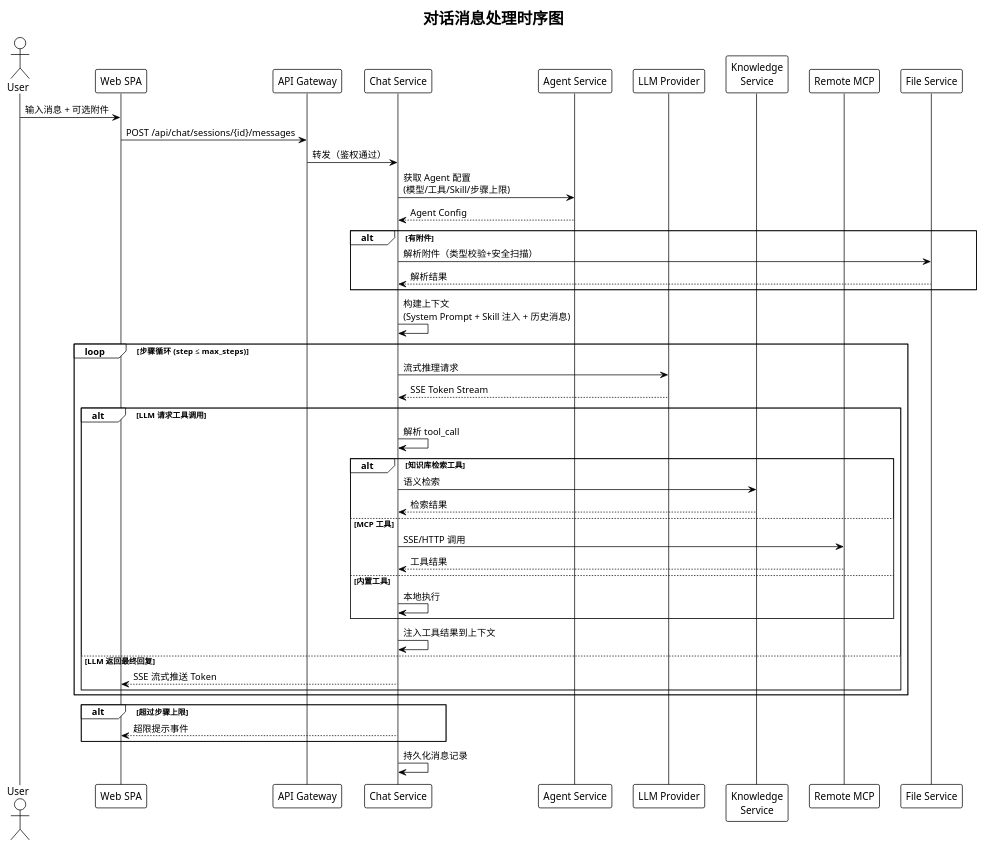
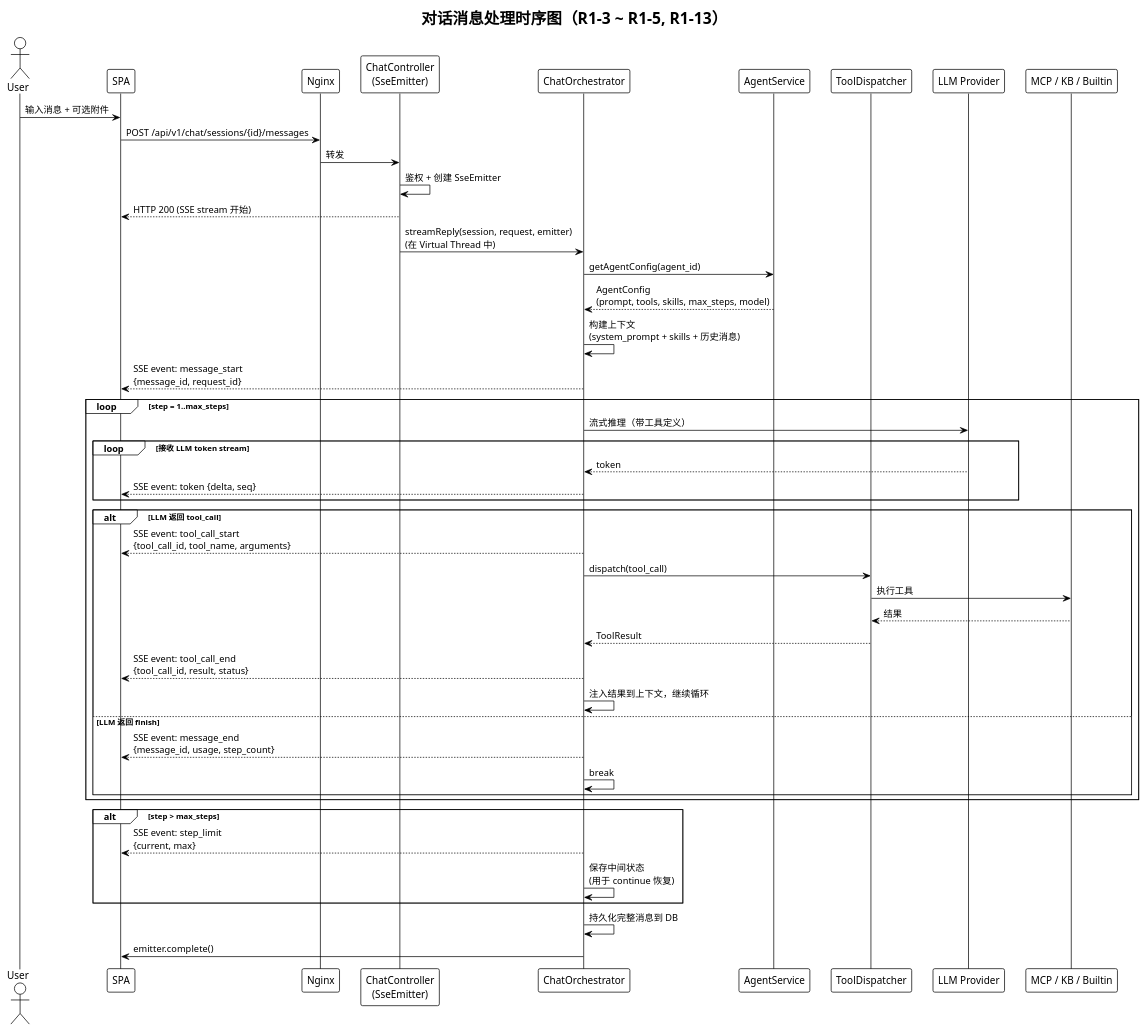
One commit to SkarnerV/web-agent changed the fourth of 8 diagrams in .Ds-Spec/specs/agent-platform/design.md. Above: the diagram before and after it, drawn with PlantUML. The commit also changed other lines of this file and 61 other files, not shown here.

````diff
--- a/.Ds-Spec/specs/agent-platform/design.md
+++ b/.Ds-Spec/specs/agent-platform/design.md
@@ -162,61 +418,62 @@
 ```plantuml
 @startuml Chat_Sequence
 !theme plain
 
-title 对话消息处理时序图
+title 对话消息处理时序图（R1-3 ~ R1-5, R1-13）
 
 actor User
-participant "Web SPA" as SPA
-participant "API Gateway" as GW
-participant "Chat Service" as Chat
-participant "Agent Service" as Agent
+participant "SPA" as SPA
+participant "Nginx" as NGX
+participant "ChatController\n(SseEmitter)" as Ctrl
+participant "ChatOrchestrator" as Orch
+participant "AgentService" as AgSvc
+participant "ToolDispatcher" as TD
 participant "LLM Provider" as LLM
-participant "Knowledge\nService" as KB
-participant "Remote MCP" as MCP
-participant "File Service" as File
+participant "MCP / KB / Builtin" as Tool
 
 User -> SPA : 输入消息 + 可选附件
-SPA -> GW : POST /api/chat/sessions/{id}/messages
-GW -> Chat : 转发（鉴权通过）
+SPA -> NGX : POST /api/v1/chat/sessions/{id}/messages
+NGX -> Ctrl : 转发
+Ctrl -> Ctrl : 鉴权 + 创建 SseEmitter
+Ctrl --> SPA : HTTP 200 (SSE stream 开始)
 
-Chat -> Agent : 获取 Agent 配置\n(模型/工具/Skill/步骤上限)
-Agent --> Chat : Agent Config
+Ctrl -> Orch : streamReply(session, request, emitter)\n(在 Virtual Thread 中)
 
-alt 有附件
-  Chat -> File : 解析附件（类型校验+安全扫描）
-  File --> Chat : 解析结果
-end
+Orch -> AgSvc : getAgentConfig(agent_id)
+AgSvc --> Orch : AgentConfig\n(prompt, tools, skills, max_steps, model)
 
-Chat -> Chat : 构建上下文\n(System Prompt + Skill 注入 + 历史消息)
+Orch -> Orch : 构建上下文\n(system_prompt + skills + 历史消息)
+Orch --> SPA : SSE event: message_start\n{message_id, request_id}
 
-loop 步骤循环 (step ≤ max_steps)
-  Chat -> LLM : 流式推理请求
-  LLM --> Chat : SSE Token Stream
+loop step = 1..max_steps
+  Orch -> LLM : 流式推理（带工具定义）
 
-  alt LLM 请求工具调用
-    Chat -> Chat : 解析 tool_call
+  loop 接收 LLM token stream
+    LLM --> Orch : token
+    Orch --> SPA : SSE event: token {delta, seq}
+  end
 
-    alt 知识库检索工具
-      Chat -> KB : 语义检索
-      KB --> Chat : 检索结果
-    else MCP 工具
-      Chat -> MCP : SSE/HTTP 调用
-      MCP --> Chat : 工具结果
-    else 内置工具
-      Chat -> Chat : 本地执行
-    end
-
-    Chat -> Chat : 注入工具结果到上下文
-  else LLM 返回最终回复
-    Chat --> SPA : SSE 流式推送 Token
+  alt LLM 返回 tool_call
+    Orch --> SPA : SSE event: tool_call_start\n{tool_call_id, tool_name, arguments}
+    Orch -> TD : dispatch(tool_call)
+    TD -> Tool : 执行工具
+    Tool --> TD : 结果
+    TD --> Orch : ToolResult
+    Orch --> SPA : SSE event: tool_call_end\n{tool_call_id, result, status}
+    Orch -> Orch : 注入结果到上下文，继续循环
+  else LLM 返回 finish
+    Orch --> SPA : SSE event: message_end\n{message_id, usage, step_count}
+    Orch -> Orch : break
   end
 end
 
-alt 超过步骤上限
-  Chat --> SPA : 超限提示事件
+alt step > max_steps
+  Orch --> SPA : SSE event: step_limit\n{current, max}
+  Orch -> Orch : 保存中间状态\n(用于 continue 恢复)
 end
 
-Chat -> Chat : 持久化消息记录
+Orch -> Orch : 持久化完整消息到 DB
+Orch -> SPA : emitter.complete()
 
 @enduml
 ```
````
